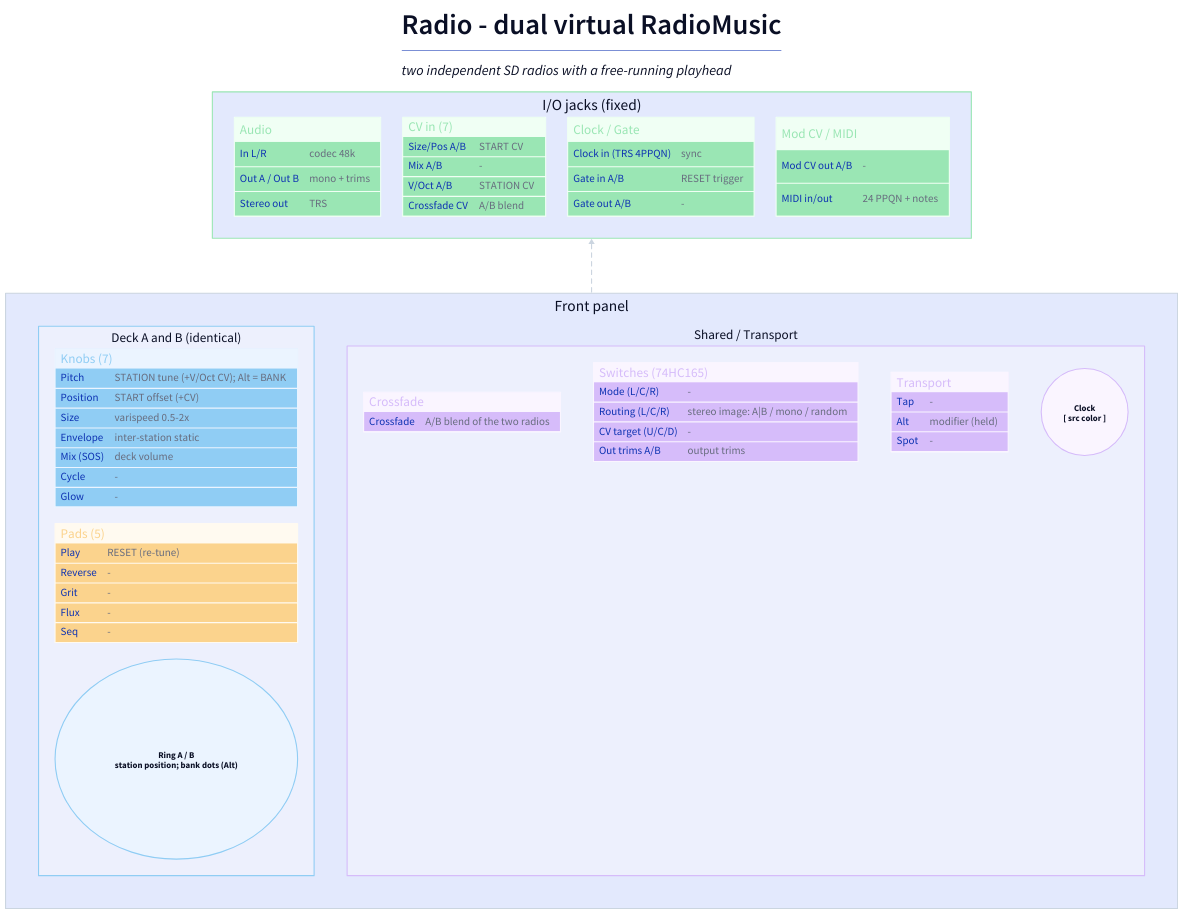
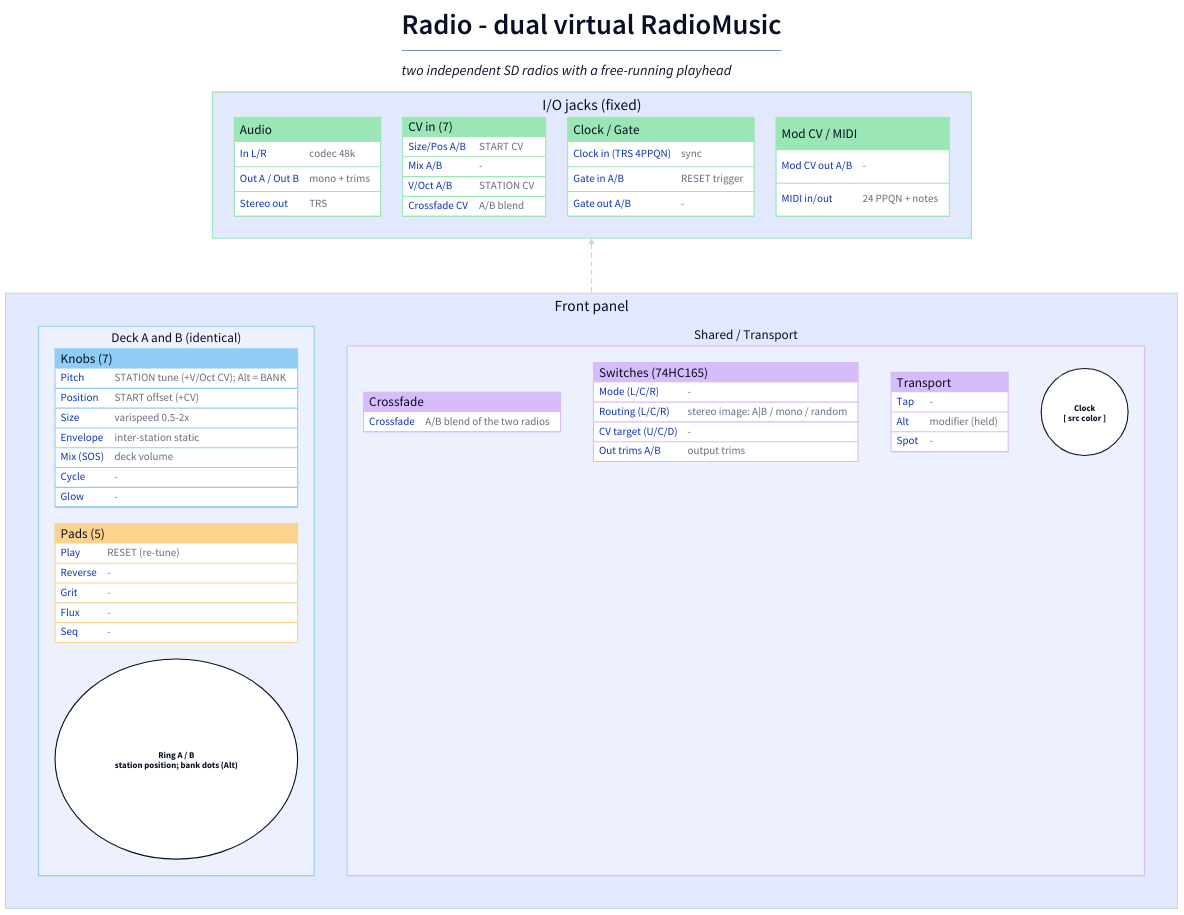
One commit to shakfu/Spotykach changed the diagram in docs/diagrams/radio-controls.d2. Above: the diagram before and after it, drawn with D2. The commit also changed 93 other files, not shown here.

```diff
--- a/docs/diagrams/radio-controls.d2
+++ b/docs/diagrams/radio-controls.d2
@@ -1,146 +1,163 @@
 # GENERATED from controls-template.d2 by scripts/gen_controls_diagram.py.
 # Edit the JSON spec (radio.json), not this file; then re-run / `make diagrams`.
 
 direction: up
 
 vars: {
   d2-config: {
     layout-engine: dagre
     pad: 40
   }
 }
 
 title: |md
   # Radio - dual virtual RadioMusic
   _two independent SD radios with a free-running playhead_
 | {
   near: top-center
   style.font-size: 26
 }
 
+# For `shape: sql_table` d2's two keys do not mean what their names suggest, and the difference is
+# the whole point of this block: `fill` paints the HEADER ROW ONLY, and `stroke` paints the TABLE
+# BODY - every data row - rather than a border. (Traced by rendering with marker colours; the
+# container strokes further down are ordinary shapes where `stroke` really is the border.)
+#
+# So the colour goes in `fill`, where it labels the group, and the body stays white. The old values
+# had it the other way round: a near-white header nobody could read against, over rows tinted hard
+# enough to fight their own text.
+# `font-color` is not optional here. d2 renders a table's header label in WHITE, on the assumption
+# that the header fill is dark - so the old near-white header carried white text at 1.11:1, which is
+# why the group titles were barely there. Dark text on these pastels reads at 11:1 or better.
 classes: {
-  knob:   { style: { fill: "#ebf4ff"; stroke: "#90cdf4"; stroke-width: 2 } }
-  pad:    { style: { fill: "#fffaf0"; stroke: "#fbd38d"; stroke-width: 2 } }
-  shared: { style: { fill: "#faf5ff"; stroke: "#d6bcfa"; stroke-width: 2 } }
-  io:     { style: { fill: "#f0fff4"; stroke: "#9ae6b4"; stroke-width: 2 } }
+  knob:   { style: { fill: "#90cdf4"; stroke: "#ffffff"; font-color: "#0a0f25" } }
+  pad:    { style: { fill: "#fbd38d"; stroke: "#ffffff"; font-color: "#0a0f25" } }
+  shared: { style: { fill: "#d6bcfa"; stroke: "#ffffff"; font-color: "#0a0f25" } }
+  io:     { style: { fill: "#9ae6b4"; stroke: "#ffffff"; font-color: "#0a0f25" } }
+  # The LED circles are NOT tables, so here `fill` really is the fill and `stroke` really is the
+  # border - the same two keys, different meaning, which is why they need a class of their own rather
+  # than borrowing `knob`. Left uncoloured on purpose: these stand for a physical light whose colour
+  # is the thing being described in words beside them, so tinting the drawing states a colour that
+  # contradicts its own caption.
+  led:    { style: { fill: "#ffffff"; stroke: "#0a0f25"; font-color: "#0a0f25" } }
 }
 
 panel: Front panel {
   grid-columns: 2
   grid-gap: 60
   style.stroke: "#cbd5e0"
 
   # ----------------------------------------------------------------- DECK A
   deckA: Deck A and B (identical) {
     grid-columns: 1
     grid-gap: 30
     style.stroke: "#90cdf4"
 
     knobsA: Knobs (7) {
       class: knob
       shape: sql_table
       Pitch: "STATION tune (+V/Oct CV); Alt = BANK"
       Position: "START offset (+CV)"
       Size: "varispeed 0.5-2x"
       Envelope: "inter-station static"
       "Mix (SOS)": "deck volume"
       Cycle: "-"
       Glow: "-"
     }
 
     padsA: Pads (5) {
       class: pad
       shape: sql_table
       Play: "RESET (re-tune)"
       Reverse: "-"
       Grit: "-"
       Flux: "-"
       Seq: "-"
     }
 
     ringA: "LED Ring A (32px)" {
-      class: knob
+      class: led
       shape: circle
       label: "Ring A / B\nstation position; bank dots (Alt)"
     }
   }
 
   # --------------------------------------------------------------- SHARED
   center: Shared / Transport {
     style.stroke: "#d6bcfa"
 
     xfade: Crossfade {
       class: shared
       shape: sql_table
       Crossfade: "A/B blend of the two radios"
     }
 
     switches: Switches (74HC165) {
       class: shared
       shape: sql_table
       "Mode (L/C/R)": "-"
       "Routing (L/C/R)": "stereo image: A|B / mono / random"
       "CV target (U/C/D)": "-"
       "Out trims A/B": "output trims"
     }
 
     transport: Transport {
       class: shared
       shape: sql_table
       Tap: "-"
       Alt:  "modifier (held)"
       Spot: "-"
     }
 
     clockled: "Clock LED" {
-      class: shared
+      class: led
       shape: circle
       label: "Clock\n[ src color ]"
     }
   }
 
   # ----------------------------------------------------------------- DECK B
 }
 
 # ---------------------------------------------------------------------- I/O
 io: I/O jacks (fixed) {
   grid-columns: 4
   grid-gap: 40
   style.stroke: "#9ae6b4"
 
   audio: Audio {
     class: io
     shape: sql_table
     "In L/R":        "codec 48k"
     "Out A / Out B": "mono + trims"
     "Stereo out":    "TRS"
   }
 
   cv: CV in (7) {
     class: io
     shape: sql_table
     "Size/Pos A/B": "START CV"
     "Mix A/B": "-"
     "V/Oct A/B": "STATION CV"
     "Crossfade CV": "A/B blend"
   }
 
   gates: Clock / Gate {
     class: io
     shape: sql_table
     "Clock in (TRS 4PPQN)": "sync"
     "Gate in A/B": "RESET trigger"
     "Gate out A/B": "-"
   }
 
   modmidi: Mod CV / MIDI {
     class: io
     shape: sql_table
     "Mod CV out A/B": "-"
     "MIDI in/out":    "24 PPQN + notes"
   }
 }
 
 panel -> io: {
   style: { stroke: "#cbd5e0"; stroke-dash: 4 }
 }
```
